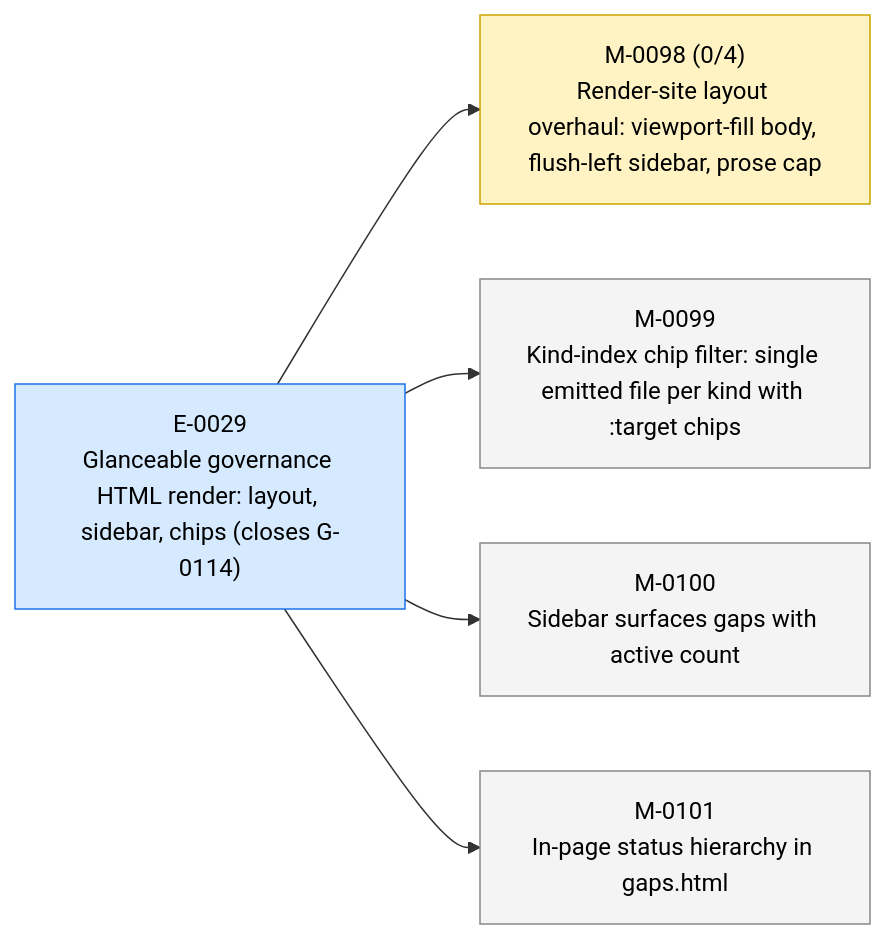
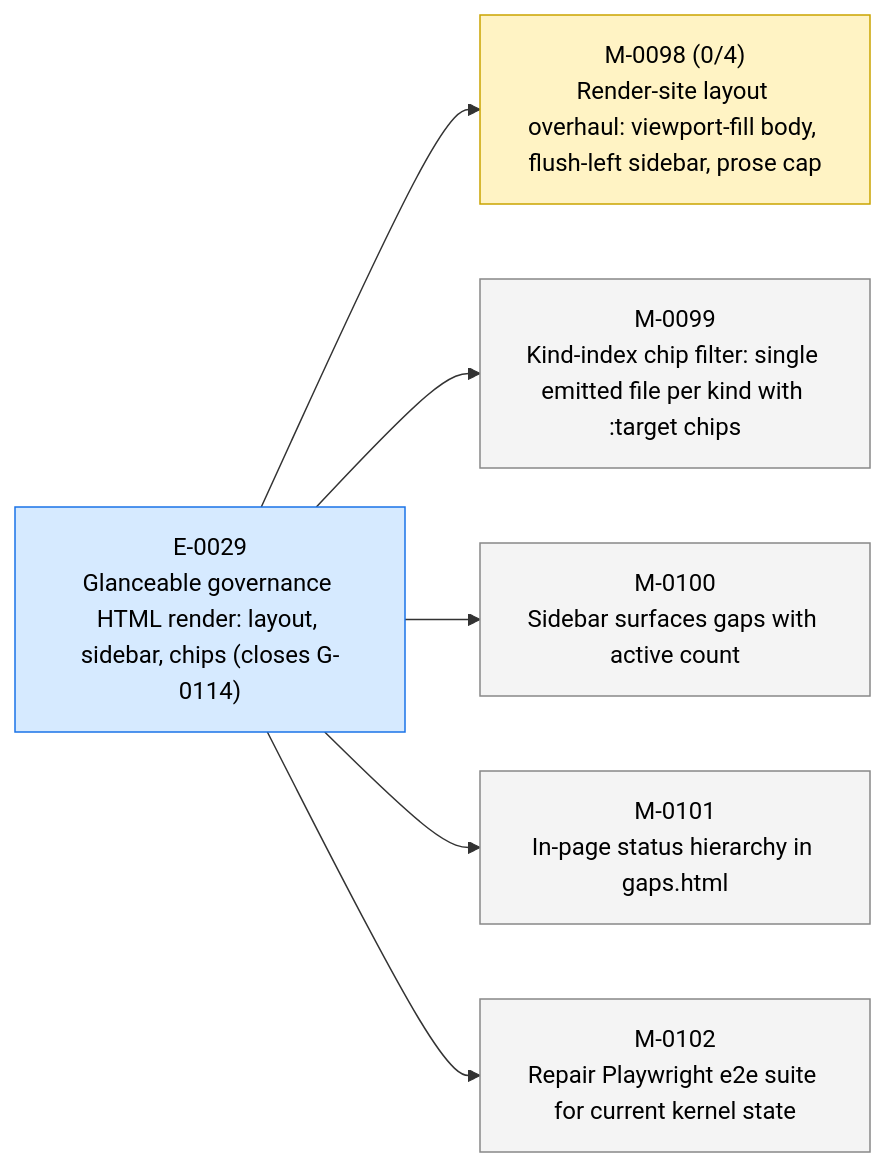
The first of 3 diagrams in STATUS.md (23min/aiwf), drawn with Mermaid before and after one commit. The commit also changed other lines of this file and 1 other file, not shown here.

First line of the commit message:
aiwf add milestone M-0102 "Repair Playwright e2e suite for current kernel state"

````diff
--- a/STATUS.md
+++ b/STATUS.md
@@ -16,18 +17,20 @@
 ```mermaid
 flowchart LR
   E_0029["E-0029<br/>Glanceable governance HTML render: layout, sidebar, chips (closes G-0114)"]:::epic_active
   M_0098["M-0098 (0/4)<br/>Render-site layout overhaul: viewport-fill body, flush-left sidebar, prose cap"]:::ms_in_progress
   E_0029 --> M_0098
   M_0099["M-0099<br/>Kind-index chip filter: single emitted file per kind with :target chips"]:::ms_draft
   E_0029 --> M_0099
   M_0100["M-0100<br/>Sidebar surfaces gaps with active count"]:::ms_draft
   E_0029 --> M_0100
   M_0101["M-0101<br/>In-page status hierarchy in gaps.html"]:::ms_draft
   E_0029 --> M_0101
+  M_0102["M-0102<br/>Repair Playwright e2e suite for current kernel state"]:::ms_draft
+  E_0029 --> M_0102
   classDef epic_active fill:#d6eaff,stroke:#1a73e8,color:#000
   classDef epic_proposed fill:#f4f4f4,stroke:#888,color:#000
   classDef ms_done fill:#d8f5d8,stroke:#2a8a2a,color:#000
   classDef ms_in_progress fill:#fff3c4,stroke:#caa400,color:#000
   classDef ms_draft fill:#f4f4f4,stroke:#888,color:#000
   classDef ms_cancelled fill:#fbeaea,stroke:#c33,color:#000
 ```
````
